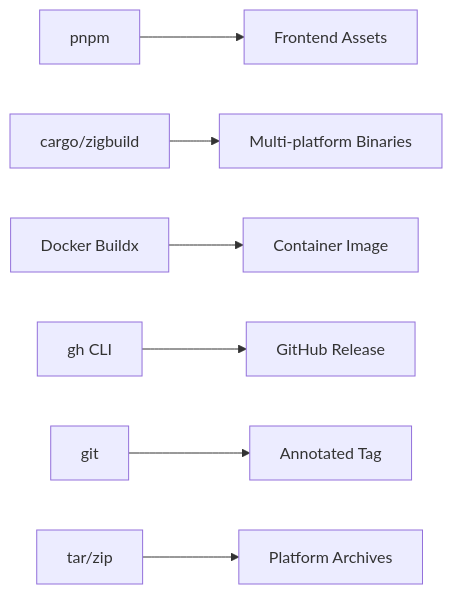
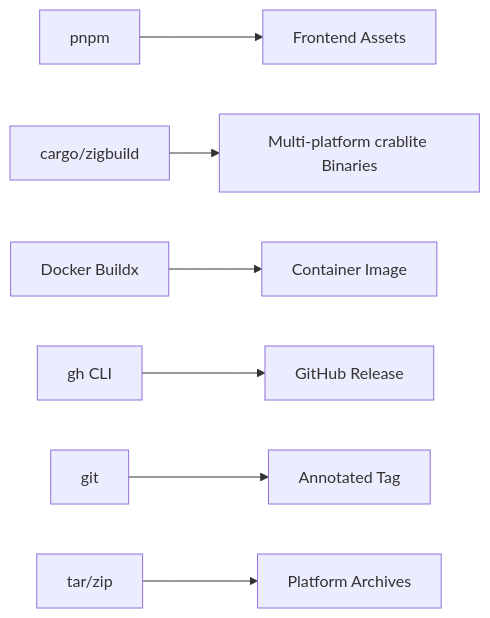
One commit to sutanto1010/crablite changed the tenth of 10 diagrams in .qoder/repowiki/en/content/Deployment & Operations/Release Process.md. Above: the diagram before and after it, drawn with Mermaid. The commit also changed other lines of this file and 30 other files, not shown here.

````diff
--- a/.qoder/repowiki/en/content/Deployment & Operations/Release Process.md
+++ b/.qoder/repowiki/en/content/Deployment & Operations/Release Process.md
@@ -528,9 +555,9 @@
 ```mermaid
 graph LR
 Pnpm["pnpm"] --> FEAssets["Frontend Assets"]
-Cargo["cargo/zigbuild"] --> Binary["Multi-platform Binaries"]
+Cargo["cargo/zigbuild"] --> Binary["Multi-platform crablite Binaries"]
 Docker["Docker Buildx"] --> Image["Container Image"]
 GHCLI["gh CLI"] --> Release["GitHub Release"]
 Git["git"] --> Tag["Annotated Tag"]
 Archive["tar/zip"] --> Artifacts["Platform Archives"]
 ```
````
